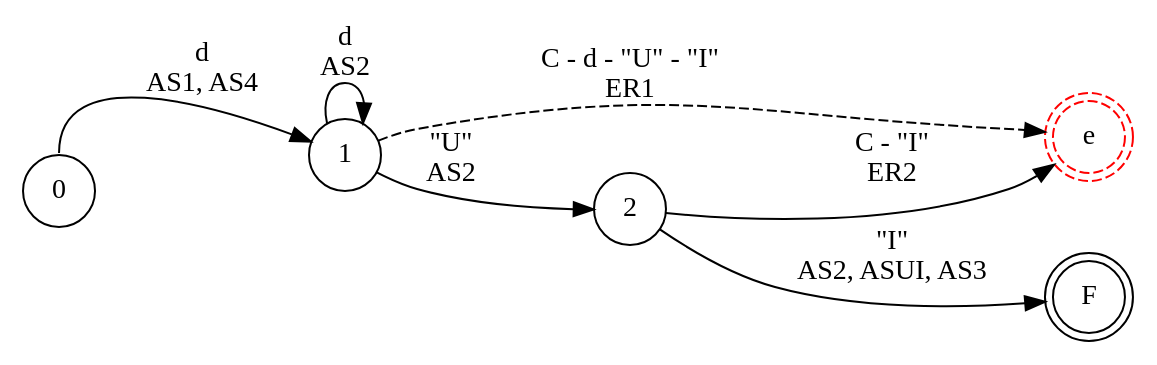
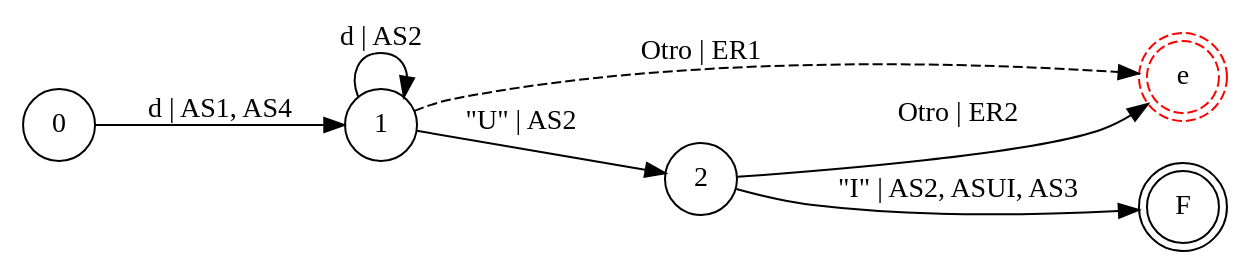
Before and after one commit to iroumec/RouVel-Compiler: the diagram in resources/diagrams/errors/uint.dot, drawn with Graphviz. The commit also changed 12 other files, not shown here.

Commit message:
Graphs Improved

```diff
--- a/resources/diagrams/errors/uint.dot
+++ b/resources/diagrams/errors/uint.dot
@@ -1,13 +1,13 @@
 digraph DFA {
     rankdir = LR;
     node [shape = circle;];
     F [shape = doublecircle;];
     e [shape = doublecircle;style = dashed;color = red;];
     
-    0 -> 1 [label = "d \n AS1, AS4"; tailport = n;];
-    1 -> 1 [label = "d \n AS2";];
-    1 -> e [label = "C - d - \"U\" - \"I\" \n ER1"; style = dashed;];
-    1 -> 2 [label = "\"U\" \n AS2";];
-    2 -> e [label = "C - \"I\" \n ER2";];
-    2 -> F [label = "\"I\" \n AS2, ASUI, AS3";];
+    0 -> 1 [label = "d | AS1, AS4";];
+    1 -> 1 [label = "d | AS2";];
+    1 -> e [label = "Otro | ER1"; style = dashed;];
+    1 -> 2 [label = "\"U\" | AS2";];
+    2 -> e [label = "Otro | ER2";];
+    2 -> F [label = "\"I\" | AS2, ASUI, AS3";];
 }
```
